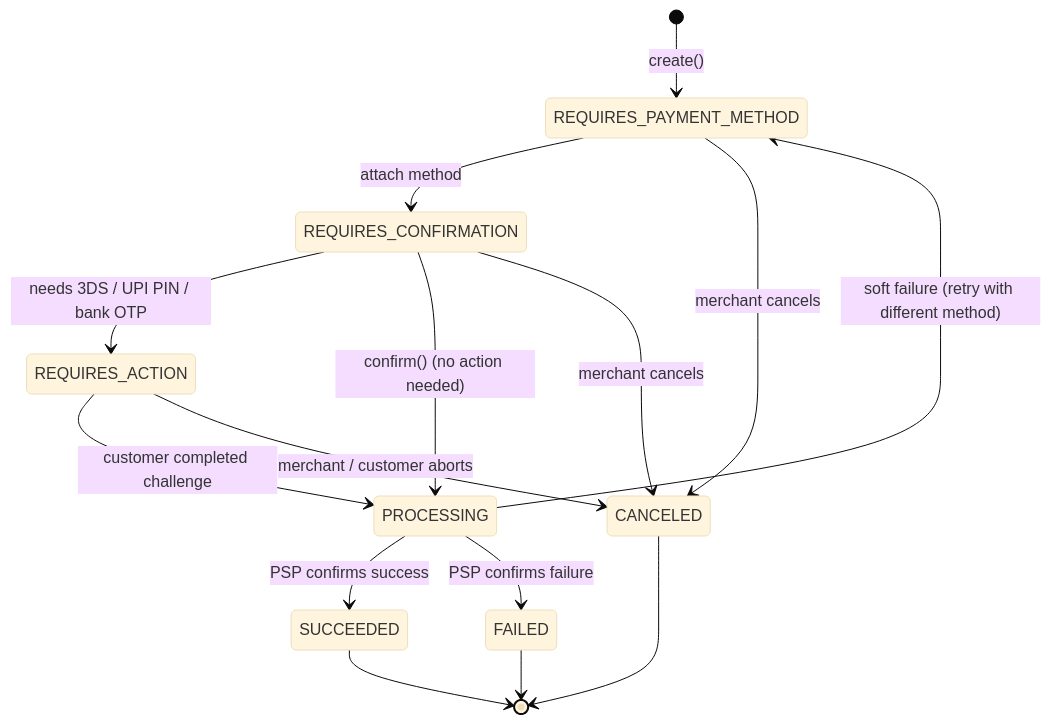
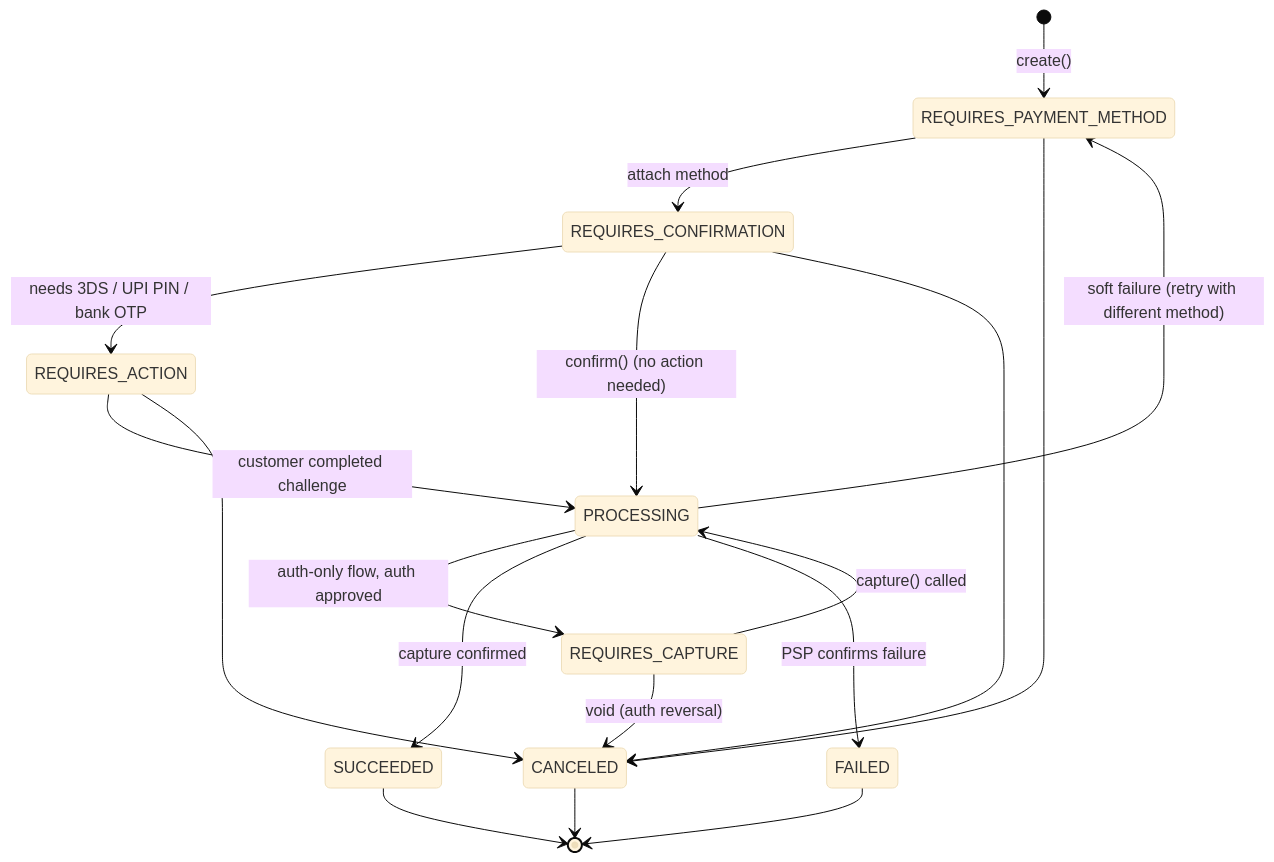
Before and after one commit to Vaibhaw42/PayForge: the first of 3 diagrams in docs/domain/txn-lifecycle.md, drawn with Mermaid (base theme). The commit also changed other lines of this file, not shown here.

````diff
--- a/docs/domain/txn-lifecycle.md
+++ b/docs/domain/txn-lifecycle.md
@@ -81,17 +81,20 @@
 ```mermaid
 stateDiagram-v2
   [*] --> REQUIRES_PAYMENT_METHOD: create()
   REQUIRES_PAYMENT_METHOD --> REQUIRES_CONFIRMATION: attach method
   REQUIRES_CONFIRMATION --> REQUIRES_ACTION: needs 3DS / UPI PIN / bank OTP
   REQUIRES_CONFIRMATION --> PROCESSING: confirm() (no action needed)
   REQUIRES_ACTION --> PROCESSING: customer completed challenge
-  PROCESSING --> SUCCEEDED: PSP confirms success
+  PROCESSING --> REQUIRES_CAPTURE: auth-only flow, auth approved
+  REQUIRES_CAPTURE --> PROCESSING: capture() called
+  PROCESSING --> SUCCEEDED: capture confirmed
   PROCESSING --> FAILED: PSP confirms failure
   PROCESSING --> REQUIRES_PAYMENT_METHOD: soft failure (retry with different method)
   SUCCEEDED --> [*]
   FAILED --> [*]
-  REQUIRES_PAYMENT_METHOD --> CANCELED: merchant cancels
-  REQUIRES_CONFIRMATION --> CANCELED: merchant cancels
-  REQUIRES_ACTION --> CANCELED: merchant / customer aborts
+  REQUIRES_PAYMENT_METHOD --> CANCELED
+  REQUIRES_CONFIRMATION --> CANCELED
+  REQUIRES_ACTION --> CANCELED
+  REQUIRES_CAPTURE --> CANCELED: void (auth reversal)
   CANCELED --> [*]
 ```
````
